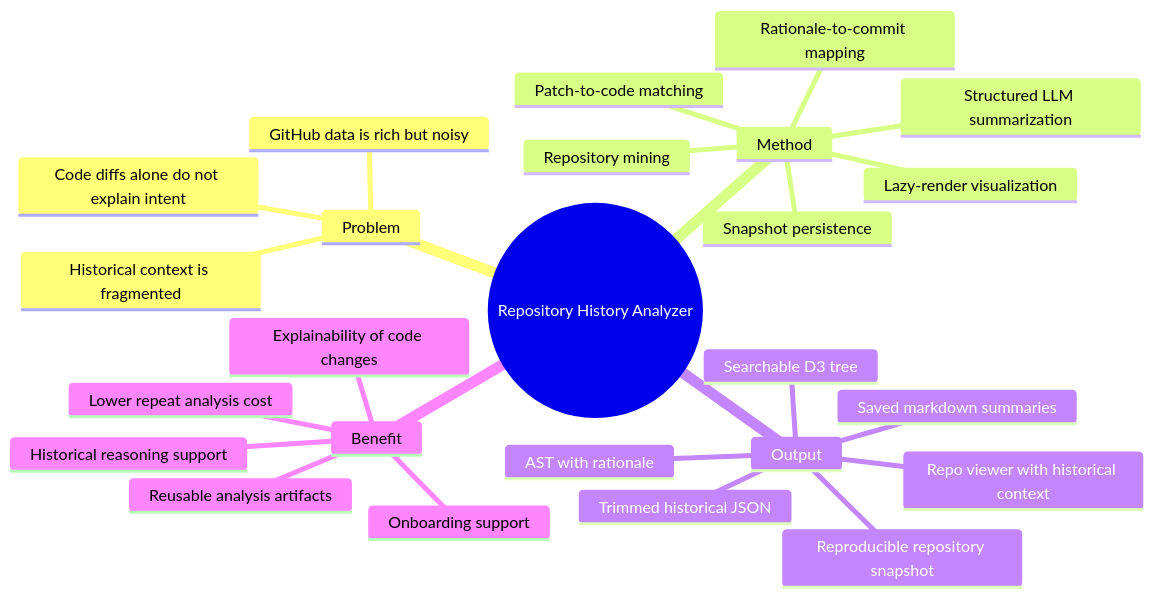
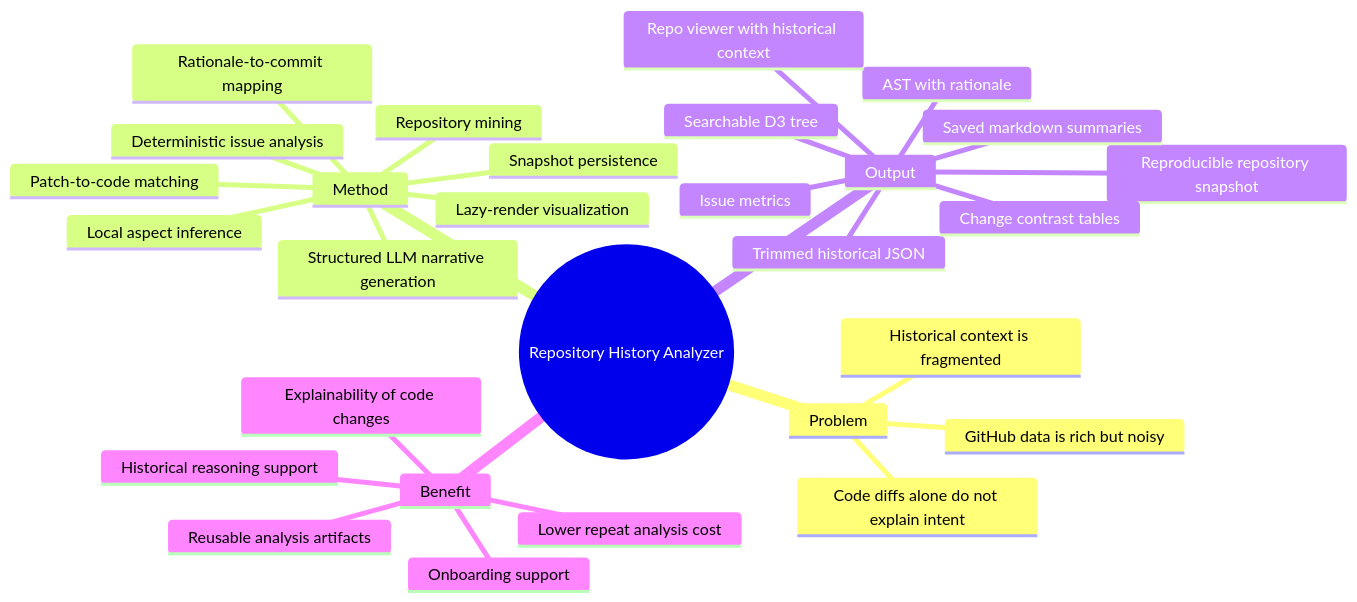
One commit to Viody75/Historical-Evo-Aware-Code-Documentation changed the fourth of 4 diagrams in docs/2026-05-04-architecture-methodology.md. Above: the diagram before and after it, drawn with Mermaid. The commit also changed other lines of this file and 7 other files, not shown here.

First line of the commit message:
feat: Enhance issue analysis with metrics and change contrast

````diff
--- a/docs/2026-05-04-architecture-methodology.md
+++ b/docs/2026-05-04-architecture-methodology.md
@@ -438,28 +571,32 @@
 ```mermaid
 mindmap
   root((Repository History Analyzer))
     Problem
       Historical context is fragmented
       GitHub data is rich but noisy
       Code diffs alone do not explain intent
     Method
       Repository mining
       Snapshot persistence
-      Structured LLM summarization
+      Deterministic issue analysis
+      Local aspect inference
+      Structured LLM narrative generation
       Rationale-to-commit mapping
       Patch-to-code matching
       Lazy-render visualization
     Output
       Trimmed historical JSON
       Reproducible repository snapshot
+      Issue metrics
+      Change contrast tables
       Saved markdown summaries
       AST with rationale
       Searchable D3 tree
       Repo viewer with historical context
     Benefit
       Onboarding support
       Historical reasoning support
       Explainability of code changes
       Lower repeat analysis cost
       Reusable analysis artifacts
 ```
````
